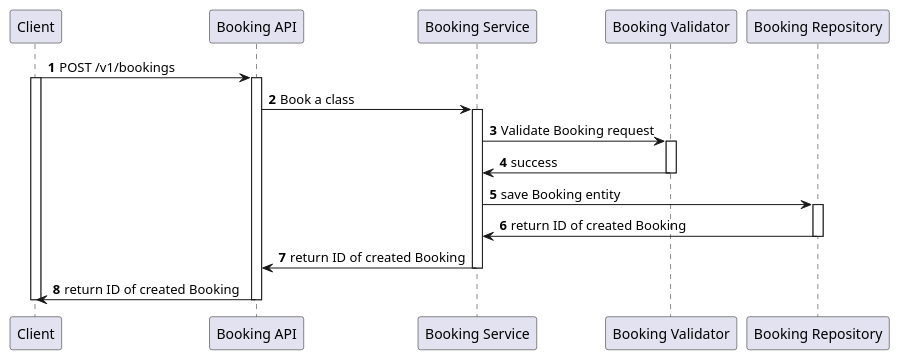
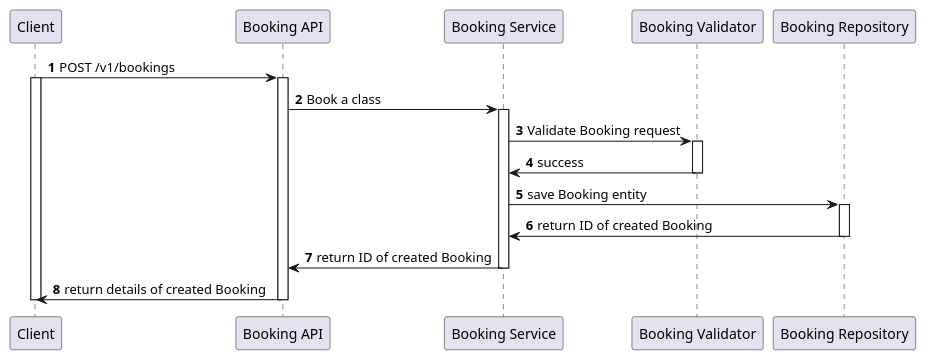
One commit to brijeshguptakol/studio-service changed the diagram in docs/Book a class.puml. Above: the diagram before and after it, drawn with PlantUML. The commit also changed 2 other files, not shown here.

Commit message:
Added sequence diagrams

```diff
--- a/docs/Book a class.puml
+++ b/docs/Book a class.puml
@@ -1,31 +1,31 @@
 @startuml
 'https://plantuml.com/sequence-diagram
 
 autonumber
 
 participant "Client" as User
 participant "Booking API" as API
 participant "Booking Service" as SERVICE
 participant "Booking Validator" as VAL
 participant "Booking Repository" as DB
 
 User -> API: POST /v1/bookings
 activate User
 activate API
 API -> SERVICE: Book a class
 activate SERVICE
 SERVICE -> VAL: Validate Booking request
 activate VAL
 VAL -> SERVICE: success
 deactivate VAL
 
 SERVICE -> DB: save Booking entity
 activate DB
 DB -> SERVICE: return ID of created Booking
 deactivate DB
 SERVICE -> API: return ID of created Booking
 deactivate SERVICE
-API -> User: return ID of created Booking
+API -> User: return details of created Booking
 deactivate API
 deactivate User
 @enduml
```
